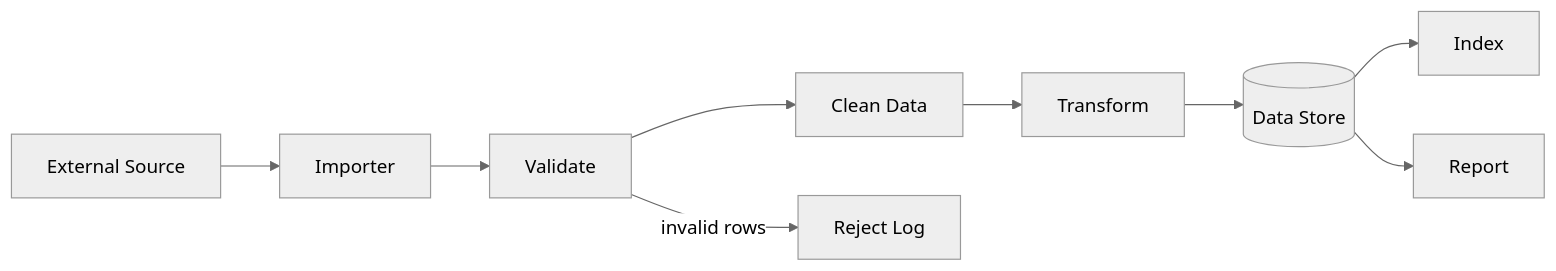
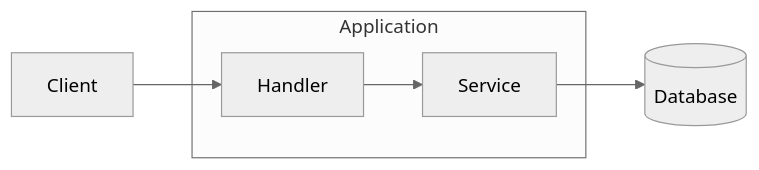
The third of 6 diagrams in skills/mermaiddoc/examples/mermaiddoc-examples.md (stefanrossmeier/ai-craftkit), drawn with Mermaid (neutral theme) before and after one commit. The commit also changed other lines of this file and 23 other files, not shown here.

````diff
--- a/skills/mermaiddoc/examples/mermaiddoc-examples.md
+++ b/skills/mermaiddoc/examples/mermaiddoc-examples.md
@@ -216,11 +27,11 @@
 ```mermaid
 flowchart LR
-    Source[External Source] --> Importer[Importer]
-    Importer --> Validate[Validate]
-    Validate --> Clean[Clean Data]
-    Clean --> Transform[Transform]
-    Transform --> Store[(Data Store)]
-    Store --> Index[Index]
-    Store --> Report[Report]
-    Validate -->|invalid rows| Rejects[Reject Log]
+    subgraph App[Application]
+        Handler[Handler]
+        Service[Service]
+    end
+
+    Client[Client] --> Handler
+    Handler --> Service
+    Service --> DB[(Database)]
 ```
````
